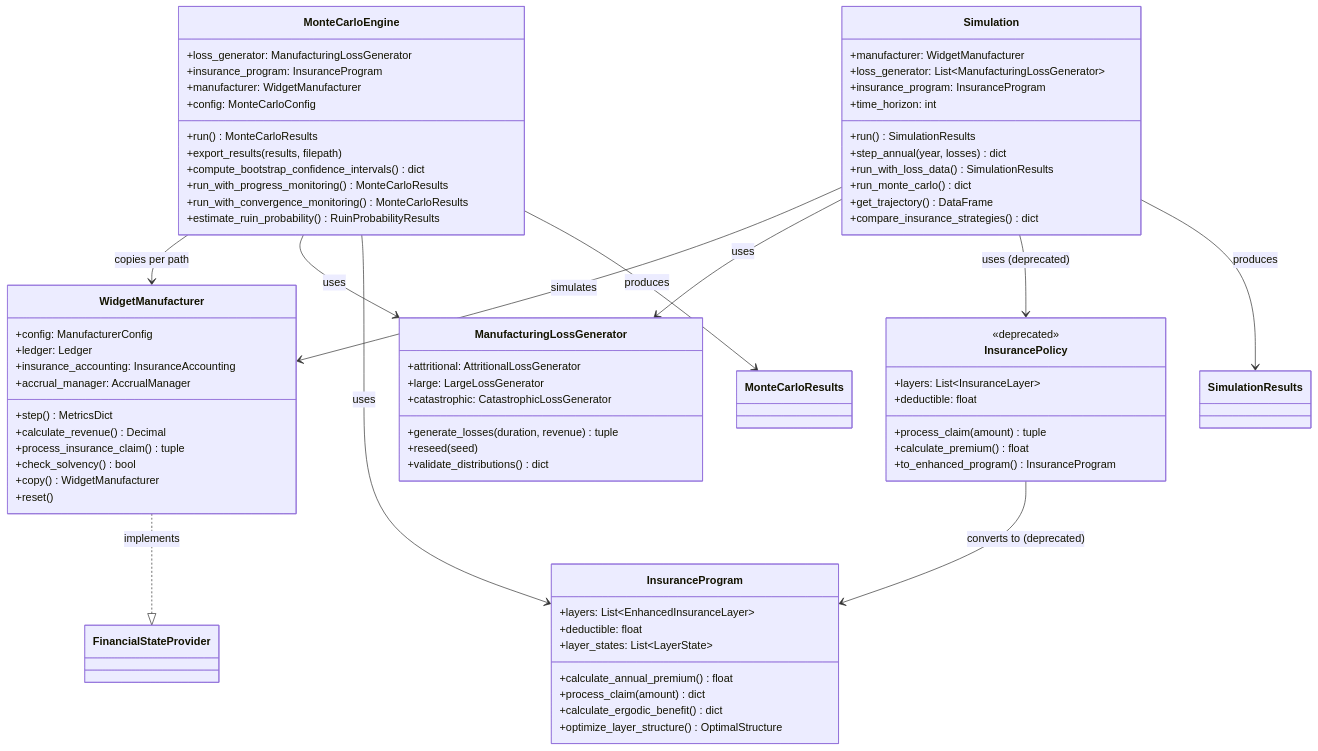
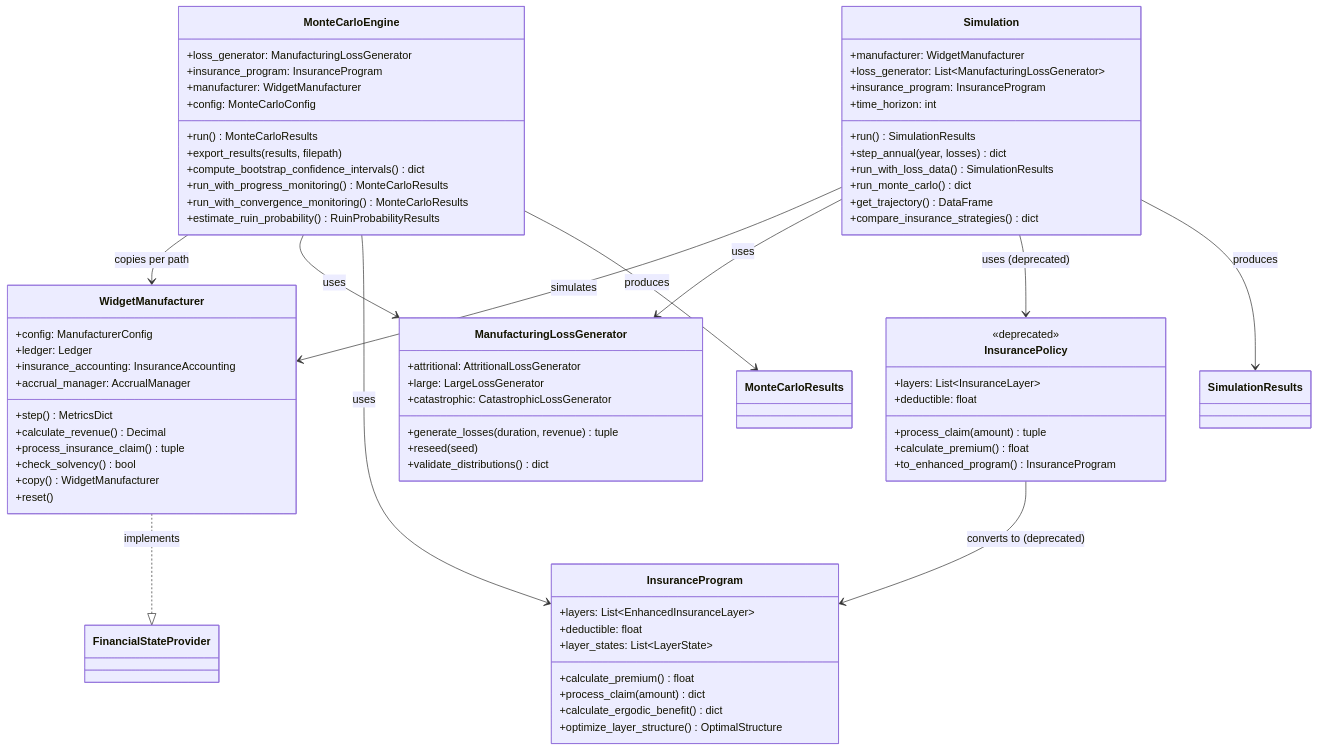
The first of 6 diagrams in ergodic_insurance/docs/architecture/class_diagrams/core_classes.md (AlexFiliakov/Ergodic-Insurance-Limits), drawn with Mermaid before and after one commit. The commit also changed other lines of this file and 27 other files, not shown here.

First line of the commit message:
fix: unify calculate_premium() and calculate_annual_premium() (#1145)

```diff
--- a/ergodic_insurance/docs/architecture/class_diagrams/core_classes.md
+++ b/ergodic_insurance/docs/architecture/class_diagrams/core_classes.md
@@ -54,7 +54,7 @@
         +layers: List~EnhancedInsuranceLayer~
         +deductible: float
         +layer_states: List~LayerState~
-        +calculate_annual_premium() float
+        +calculate_premium() float
         +process_claim(amount) dict
         +calculate_ergodic_benefit() dict
         +optimize_layer_structure() OptimalStructure
```
